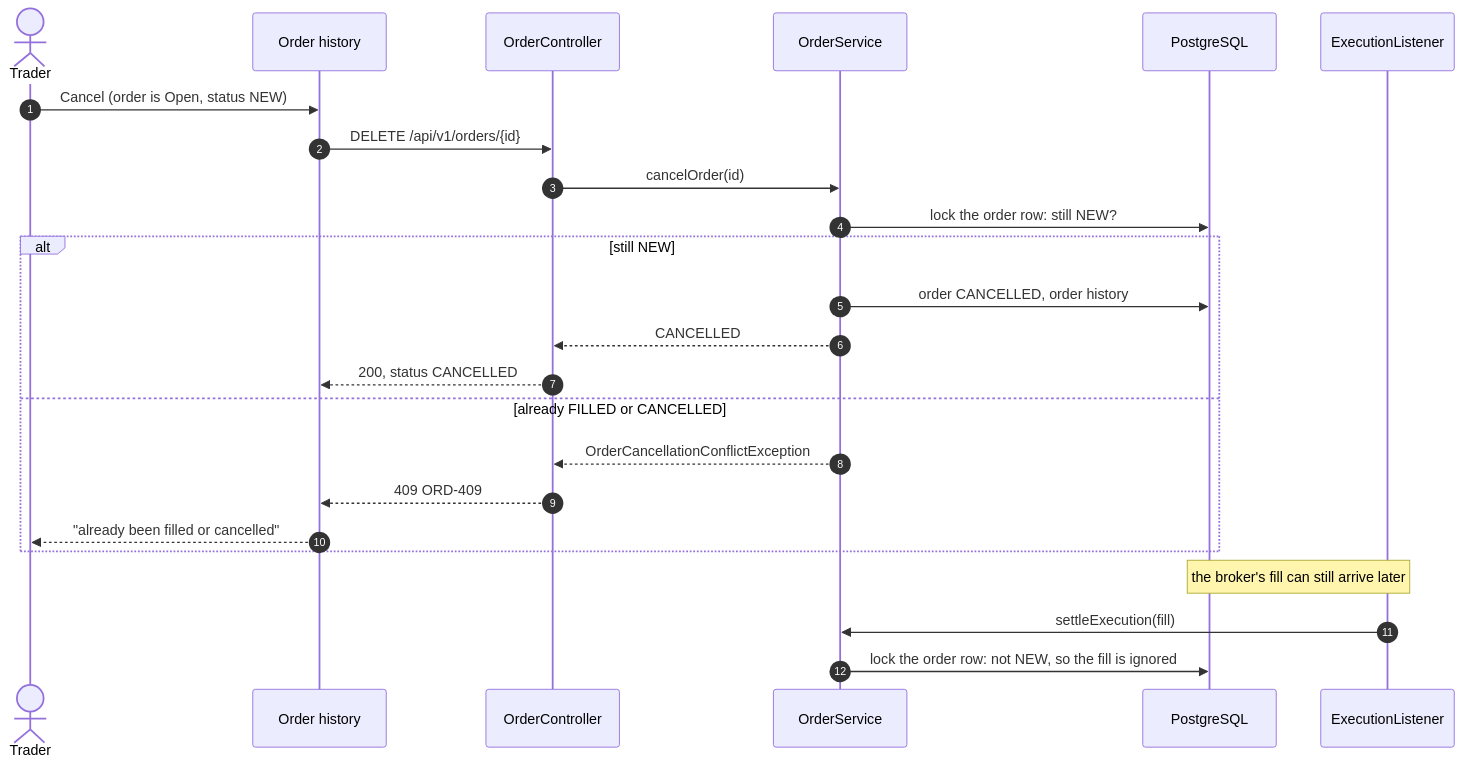
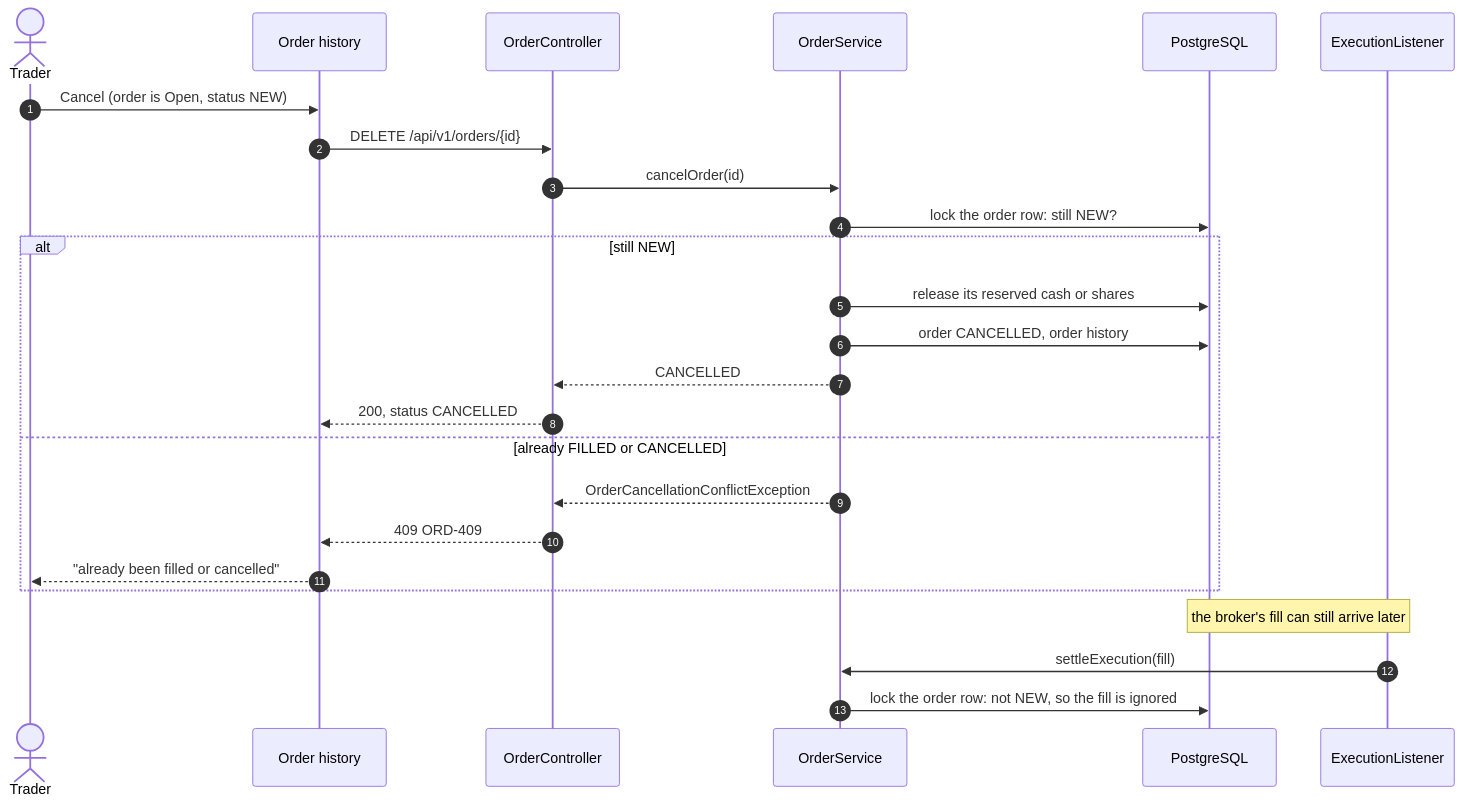
One commit to NathanCarr10/TNS-Capital changed the third of 3 diagrams in docs/diagrams/ORDER-FLOW.md. Above: the diagram before and after it, drawn with Mermaid. The commit also changed other lines of this file and 3 other files, not shown here.

````diff
--- a/docs/diagrams/ORDER-FLOW.md
+++ b/docs/diagrams/ORDER-FLOW.md
@@ -113,28 +115,29 @@
 ```mermaid
 sequenceDiagram
     autonumber
     actor Trader
     participant UI as Order history
     participant API as OrderController
     participant OS as OrderService
     participant DB as PostgreSQL
     participant EL as ExecutionListener
 
     Trader->>UI: Cancel (order is Open, status NEW)
     UI->>API: DELETE /api/v1/orders/{id}
     API->>OS: cancelOrder(id)
     OS->>DB: lock the order row: still NEW?
     alt still NEW
+        OS->>DB: release its reserved cash or shares
         OS->>DB: order CANCELLED, order history
         OS-->>API: CANCELLED
         API-->>UI: 200, status CANCELLED
     else already FILLED or CANCELLED
         OS-->>API: OrderCancellationConflictException
         API-->>UI: 409 ORD-409
         UI-->>Trader: "already been filled or cancelled"
     end
 
     Note over EL,DB: the broker's fill can still arrive later
     EL->>OS: settleExecution(fill)
     OS->>DB: lock the order row: not NEW, so the fill is ignored
 ```
````
